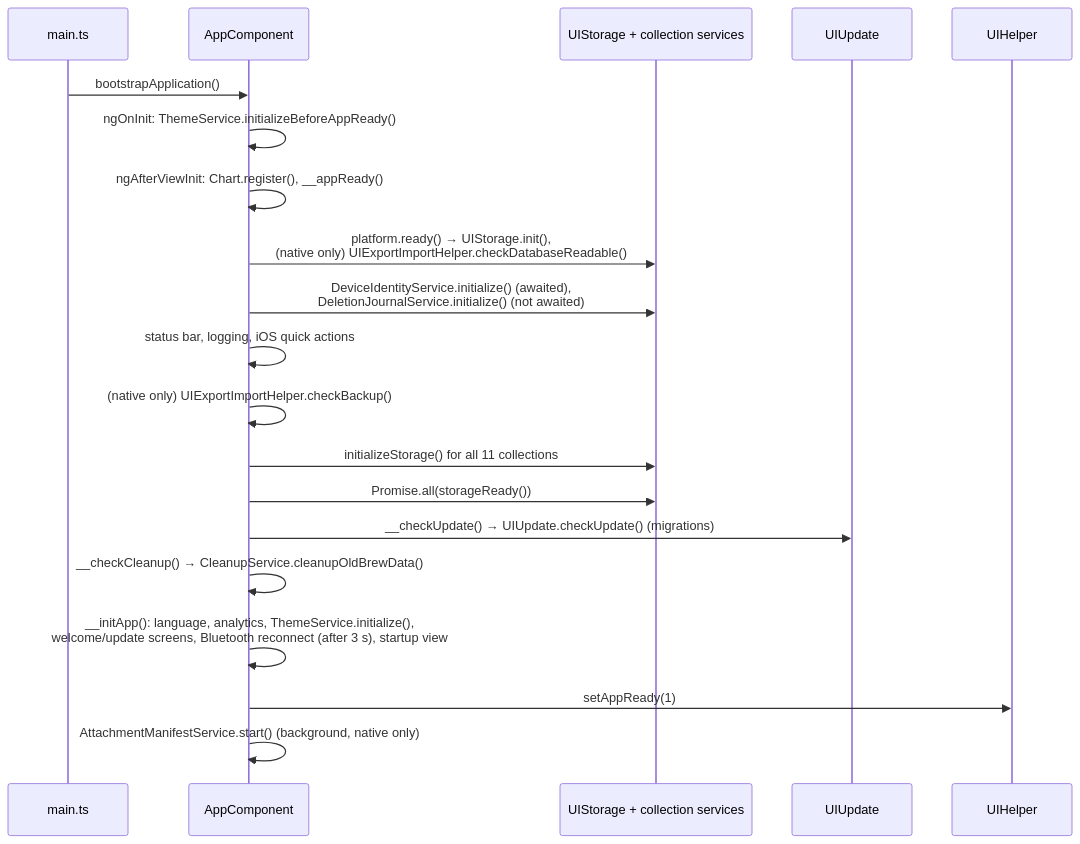
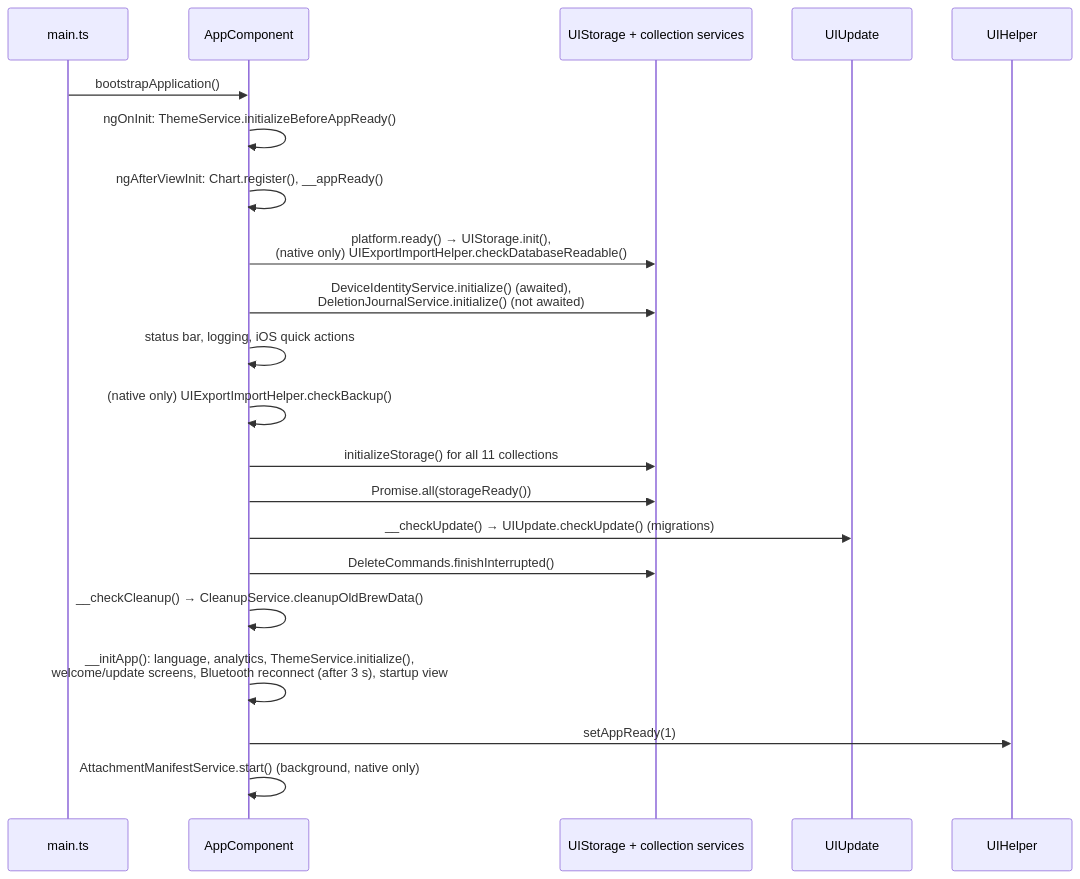
Before and after one commit to graphefruit/Beanconqueror: the first of 3 diagrams in docs/ARCHITECTURE.md, drawn with Mermaid. The commit also changed other lines of this file, not shown here.

Commit message:
Describe how an interrupted deletion is finished and what is not

````diff
--- a/docs/ARCHITECTURE.md
+++ b/docs/ARCHITECTURE.md
@@ -61,23 +61,24 @@
 ```mermaid
 sequenceDiagram
     participant Main as main.ts
     participant App as AppComponent
     participant Storage as UIStorage + collection services
     participant Update as UIUpdate
     participant Helper as UIHelper
 
     Main->>App: bootstrapApplication()
     App->>App: ngOnInit: ThemeService.initializeBeforeAppReady()
     App->>App: ngAfterViewInit: Chart.register(), __appReady()
     App->>Storage: platform.ready() → UIStorage.init(),<br/>(native only) UIExportImportHelper.checkDatabaseReadable()
     App->>Storage: DeviceIdentityService.initialize() (awaited),<br/>DeletionJournalService.initialize() (not awaited)
     App->>App: status bar, logging, iOS quick actions
     App->>App: (native only) UIExportImportHelper.checkBackup()
     App->>Storage: initializeStorage() for all 11 collections
     App->>Storage: Promise.all(storageReady())
     App->>Update: __checkUpdate() → UIUpdate.checkUpdate() (migrations)
+    App->>Storage: DeleteCommands.finishInterrupted()
     App->>App: __checkCleanup() → CleanupService.cleanupOldBrewData()
     App->>App: __initApp(): language, analytics, ThemeService.initialize(),<br/>welcome/update screens, Bluetooth reconnect (after 3 s), startup view
     App->>Helper: setAppReady(1)
     App->>App: AttachmentManifestService.start() (background, native only)
 ```
````
